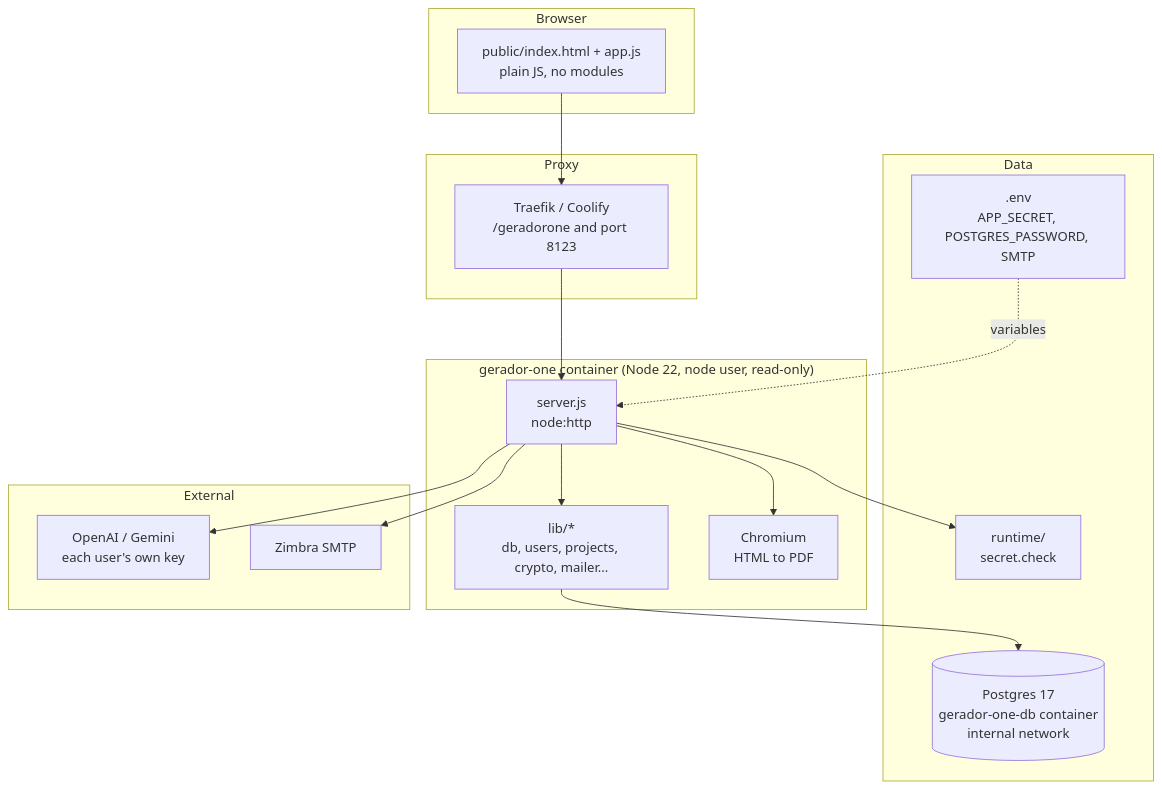
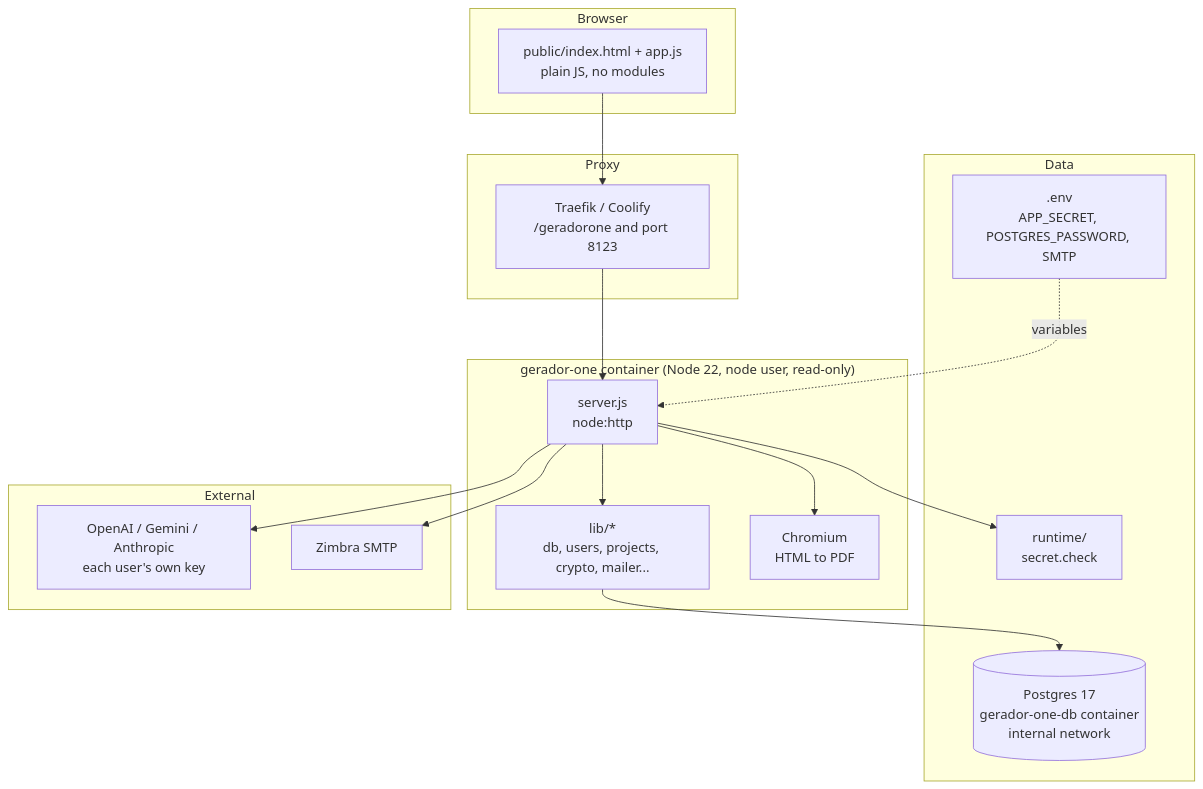
The first of 3 diagrams in docs/CODEBASE_MAP.en.md (Epaminondaslage/geradorOne), drawn with Mermaid before and after one commit. The commit also changed other lines of this file and 8 other files, not shown here.

````diff
--- a/docs/CODEBASE_MAP.en.md
+++ b/docs/CODEBASE_MAP.en.md
@@ -16,31 +16,31 @@
 ```mermaid
 graph TB
     subgraph Browser
         UI[public/index.html + app.js<br/>plain JS, no modules]
     end
     subgraph Proxy
         T[Traefik / Coolify<br/>/geradorone and port 8123]
     end
     subgraph App["gerador-one container (Node 22, node user, read-only)"]
         S[server.js<br/>node:http]
         L[lib/*<br/>db, users, projects, crypto, mailer...]
         C[Chromium<br/>HTML to PDF]
     end
     subgraph Data
         PG[(Postgres 17<br/>gerador-one-db container<br/>internal network)]
         RT[runtime/<br/>secret.check]
         ENV[.env<br/>APP_SECRET, POSTGRES_PASSWORD, SMTP]
     end
     subgraph External
-        AI[OpenAI / Gemini<br/>each user's own key]
+        AI[OpenAI / Gemini / Anthropic<br/>each user's own key]
         SMTP[Zimbra SMTP]
     end
     UI --> T --> S
     S --> L
     L --> PG
     S --> RT
     S --> C
     S --> AI
     S --> SMTP
     ENV -.variables.-> S
 ```
````
